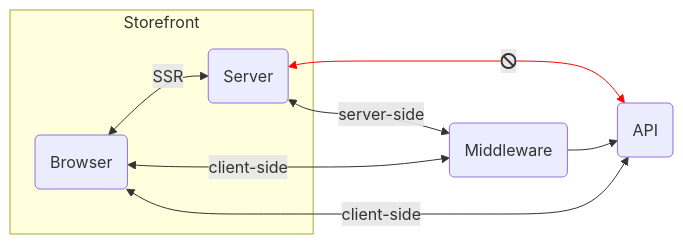
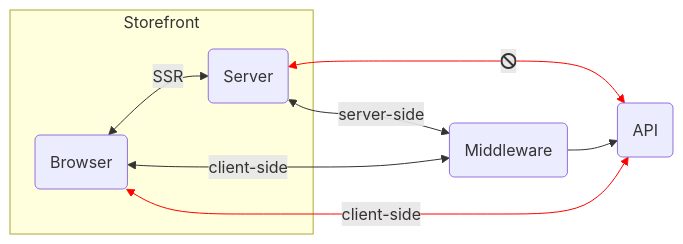
Before and after one commit to mateuszo/mermaid-viewer: the diagram in charts/strategies-alokai.mmd, drawn with Mermaid. The commit also changed other lines of this file, not shown here.

Commit message:
change stroke color

```diff
--- a/charts/strategies-alokai.mmd
+++ b/charts/strategies-alokai.mmd
@@ -1,11 +1,12 @@
 flowchart LR
  subgraph s1["Storefront"]
     Browser("Browser") <-- SSR --> Server("Server")
   end
     Server <-- "server-side" --> Middleware("Middleware")
     Server <-- "fa:fa-ban" --> API("API")
     Browser <-- "client-side" --> Middleware 
     Middleware --> API
     Browser <-- "client-side" --> API
 
 linkStyle 2 stroke:red
+linkStyle 5 stroke:red
```
